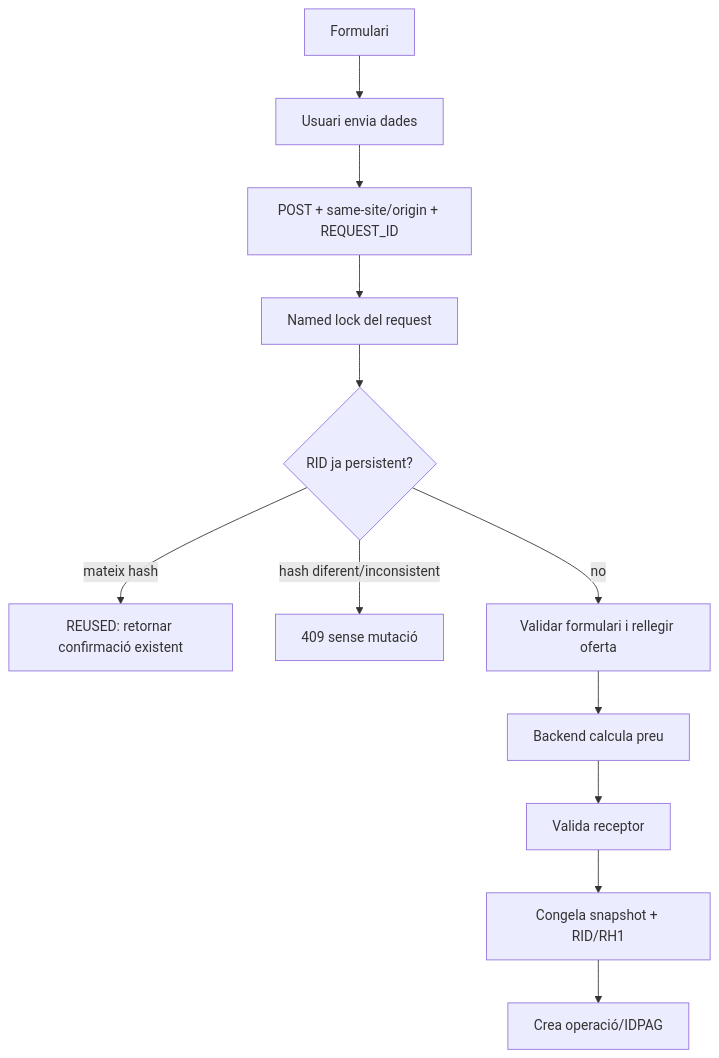
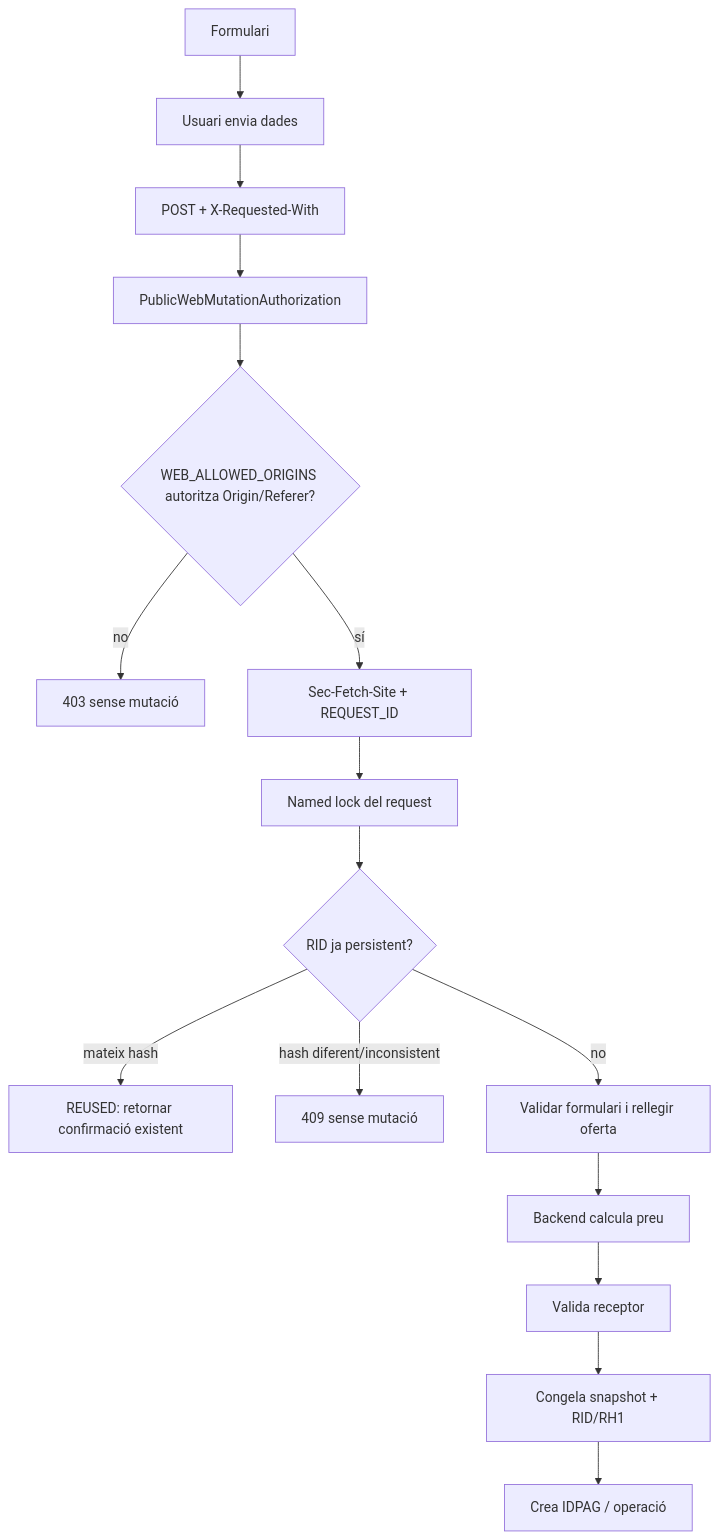
One commit to orgmeriemprismacat-del/verifactu changed the sixth of 20 diagrams in documentacio/07-uml-integrat/uc-015-activitats-pagines-pack-actual-final.md. Above: the diagram before and after it, drawn with Mermaid. The commit also changed other lines of this file, not shown here.

````diff
--- a/documentacio/07-uml-integrat/uc-015-activitats-pagines-pack-actual-final.md
+++ b/documentacio/07-uml-integrat/uc-015-activitats-pagines-pack-actual-final.md
@@ -85,14 +89,18 @@
 ```mermaid
 flowchart TD
 A[Formulari] --> B[Usuari envia dades]
-B --> C[POST + same-site/origin + REQUEST_ID]
-C --> D[Named lock del request]
-D --> E{RID ja persistent?}
-E -- mateix hash --> F[REUSED: retornar confirmació existent]
-E -- hash diferent/inconsistent --> G[409 sense mutació]
-E -- no --> H[Validar formulari i rellegir oferta]
-H --> I[Backend calcula preu]
-I --> J[Valida receptor]
-J --> K[Congela snapshot + RID/RH1]
-K --> L[Crea operació/IDPAG]
+B --> C[POST + X-Requested-With]
+C --> D[PublicWebMutationAuthorization]
+D --> E{WEB_ALLOWED_ORIGINS autoritza Origin/Referer?}
+E -- no --> F[403 sense mutació]
+E -- sí --> G[Sec-Fetch-Site + REQUEST_ID]
+G --> H[Named lock del request]
+H --> I{RID ja persistent?}
+I -- mateix hash --> J[REUSED: retornar confirmació existent]
+I -- hash diferent/inconsistent --> K[409 sense mutació]
+I -- no --> L[Validar formulari i rellegir oferta]
+L --> M[Backend calcula preu]
+M --> N[Valida receptor]
+N --> O[Congela snapshot + RID/RH1]
+O --> P[Crea IDPAG / operació]
 ```
````
